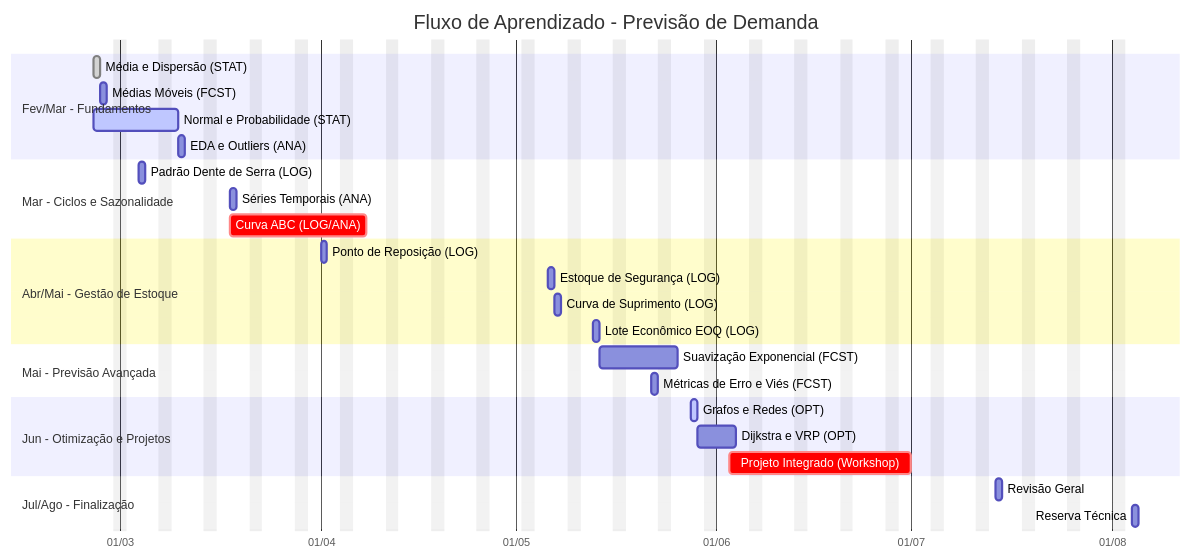
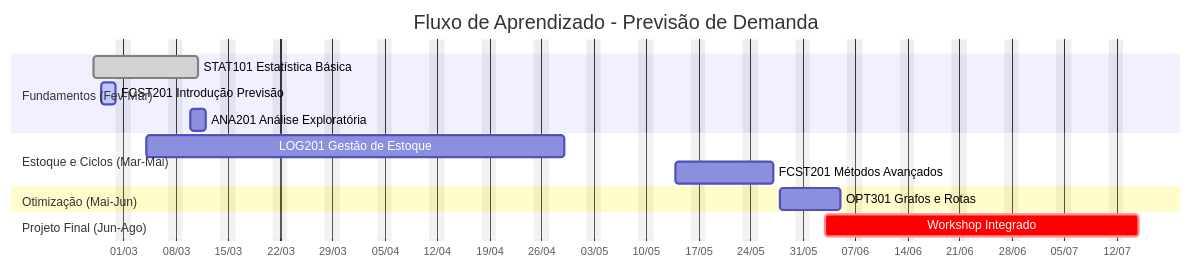
One commit to userNanni/iefa-classes changed the diagram in src/content/docs/cpaint/Previsão de Demanda/cronograma.mdx. Above: the diagram before and after it, drawn with Mermaid. The commit also changed 3 other files, not shown here.

````diff
--- a/src/content/docs/cpaint/Previsão de Demanda/cronograma.mdx
+++ b/src/content/docs/cpaint/Previsão de Demanda/cronograma.mdx
@@ -14,45 +14,22 @@
 ```mermaid
 gantt
     title Fluxo de Aprendizado - Previsão de Demanda
-    dateFormat  YYYY-MM-DD
-    axisFormat  %d/%m
-    excludes    weekends
+    dateFormat YYYY-MM-DD
+    axisFormat %d/%m
+    excludes weekends
 
-    %% Definição de Cores por Matéria
-    %% STAT: Azul (Fundamentos)
-    %% FCST: Púrpura (Previsão)
-    %% LOG: Laranja (Estoque)
-    %% ANA: Verde (Análise)
-    %% OPT: Vermelho (Otimização)
+    section Fundamentos (Fev-Mar)
+    STAT101 Estatística Básica             :done, stat, 2026-02-25, 10d
+    FCST201 Introdução Previsão            :active, fcst1, 2026-02-26, 2d
+    ANA201 Análise Exploratória            :ana, 2026-03-10, 2d
     
-    section Fev/Mar - Fundamentos
-    Média e Dispersão (STAT)           :done,    stat1, 2026-02-25, 1d
-    Médias Móveis (FCST)               :         fcst1, after stat1, 1d
+    section Estoque e Ciclos (Mar-Mai)
+    LOG201 Gestão de Estoque               :log, 2026-03-04, 40d
+    FCST201 Métodos Avançados              :fcst2, 2026-05-14, 9d
+   
+    section Otimização (Mai-Jun)
+    OPT301 Grafos e Rotas                  :opt, 2026-05-28, 6d
     
-    Normal e Probabilidade (STAT)      :active,  stat2, 2026-02-25, 9d
-    EDA e Outliers (ANA)               :         ana1, after stat2, 1d
-    
-    section Mar - Ciclos e Sazonalidade
-    Padrão Dente de Serra (LOG)        :         log1, 2026-03-04, 1d
-    Séries Temporais (ANA)             :         ana2, 2026-03-18, 1d
-    Curva ABC (LOG/ANA)                :crit,    log2, 2026-03-18, 15d
-    
-    section Abr/Mai - Gestão de Estoque
-    Ponto de Reposição (LOG)           :         log3, 2026-04-01, 1d
-    Estoque de Segurança (LOG)         :         log4, 2026-05-06, 1d
-    Curva de Suprimento (LOG)          :         log5, 2026-05-07, 1d
-    Lote Econômico EOQ (LOG)           :         log6, 2026-05-13, 1d
-    
-    section Mai - Previsão Avançada
-    Suavização Exponencial (FCST)      :         fcst2, 2026-05-14, 8d
-    Métricas de Erro e Viés (FCST)     :         fcst3, 2026-05-22, 1d
-    
-    section Jun - Otimização e Projetos
-    Grafos e Redes (OPT)               :active,  opt1, 2026-05-28, 1d
-    Dijkstra e VRP (OPT)               :         opt2, 2026-05-29, 4d
-    Projeto Integrado (Workshop)       :crit,    proj1, 2026-06-03, 20d
-    
-    section Jul/Ago - Finalização
-    Revisão Geral                      :         rev1, 2026-07-14, 1d
-    Reserva Técnica                    :         res1, 2026-08-04, 1d
+    section Projeto Final (Jun-Ago)
+    Workshop Integrado                     :crit, proj, 2026-06-03, 30d
 ```
````
